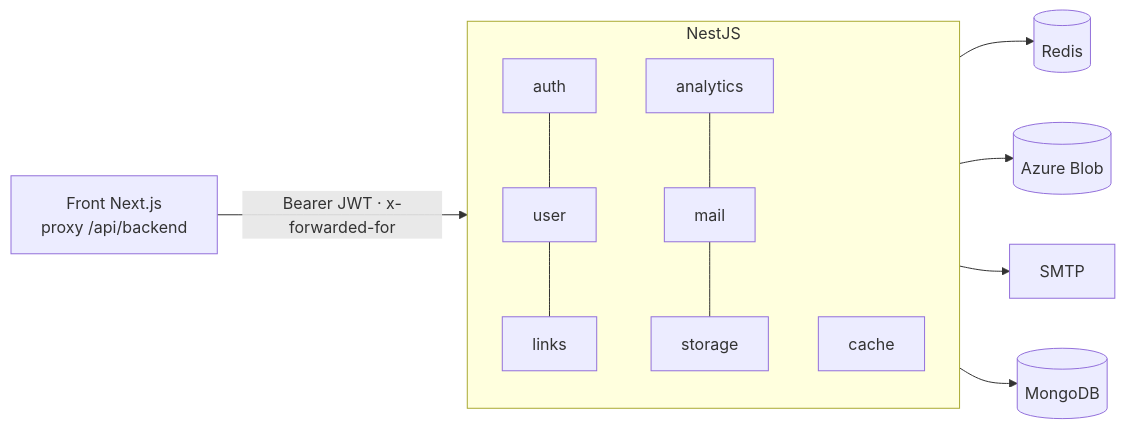
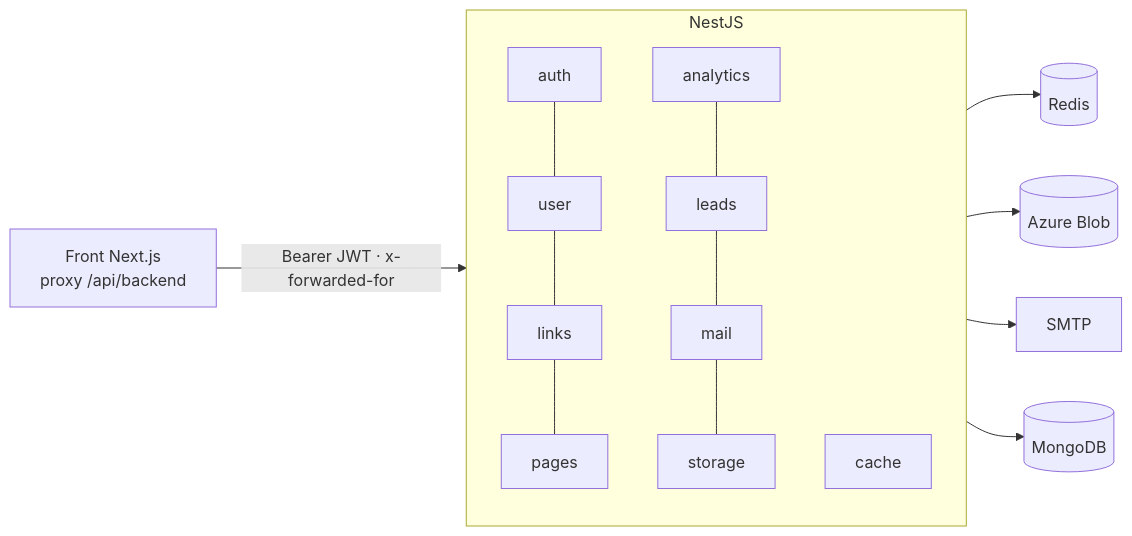
One commit to isaqu33/Agregador_Link_api changed the first of 2 diagrams in README.md. Above: the diagram before and after it, drawn with Mermaid. The commit also changed other lines of this file and 49 other files, not shown here.

First line of the commit message:
Add P2/P3: link extras, extra pages, e-mail leads, exports, pixels, Google login

````diff
--- a/README.md
+++ b/README.md
@@ -14,14 +15,14 @@
 ```mermaid
 flowchart LR
   F[Front Next.js<br/>proxy /api/backend] -- "Bearer JWT · x-forwarded-for" --> API
   subgraph API [NestJS]
     direction TB
-    AUTH[auth] --- USER[user] --- LINKS[links]
-    AN[analytics] --- MAIL[mail] --- ST[storage]
+    AUTH[auth] --- USER[user] --- LINKS[links] --- PG[pages]
+    AN[analytics] --- LD[leads] --- MAIL[mail] --- ST[storage]
     CACHE[cache]
   end
   API --> M[(MongoDB)]
   CACHE --> R[(Redis)]
   ST --> B[(Azure Blob)]
   MAIL --> SMTP[SMTP]
 ```
````
